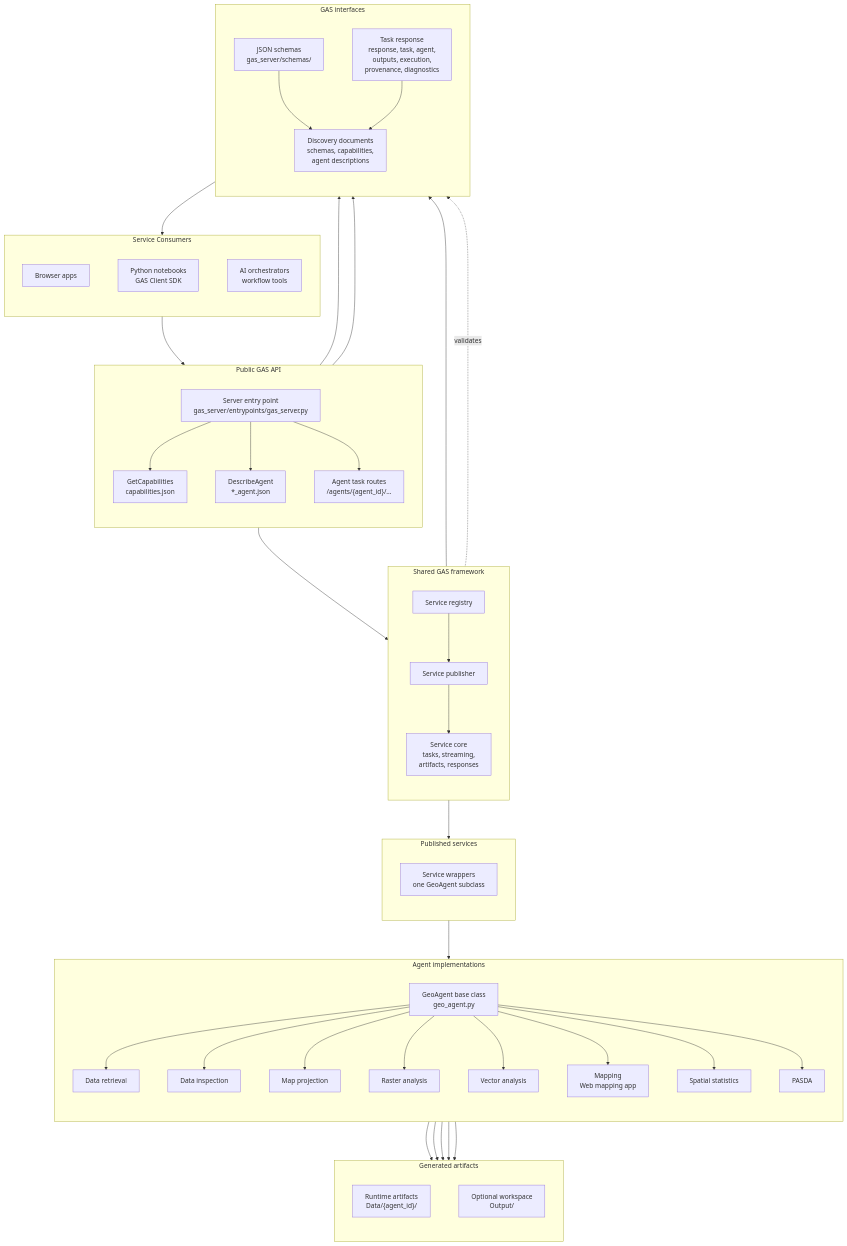
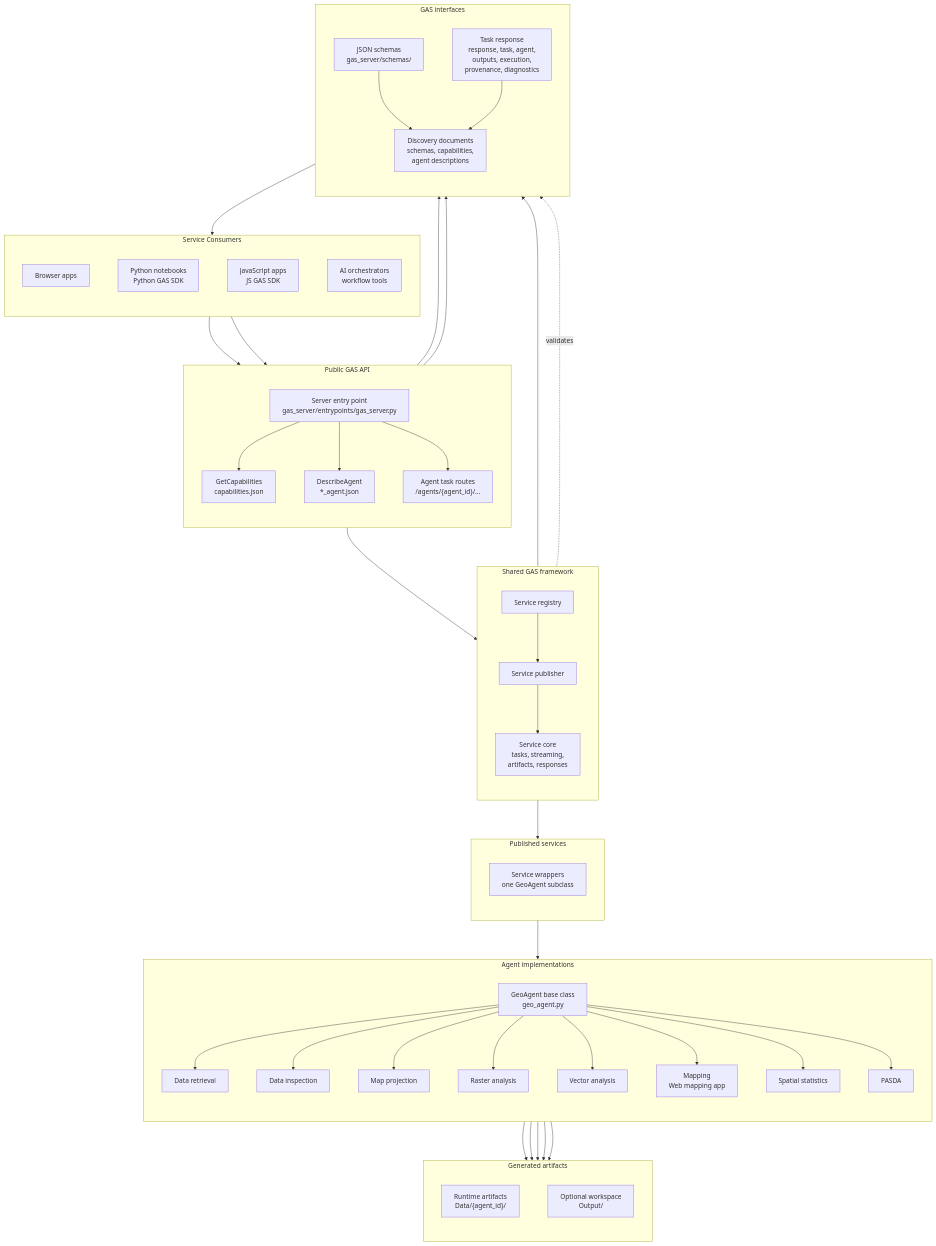
Before and after one commit to GIBD2015/Geospatial-Agentic-Services: the diagram in docs/gas_server_architecture.md, drawn with Mermaid. The commit also changed other lines of this file and 43 other files, not shown here.

```diff
--- a/docs/gas_server_architecture.md
+++ b/docs/gas_server_architecture.md
@@ -35,7 +35,8 @@
   subgraph Consumers["Service Consumers"]
     direction TB
     Browser["Browser apps"]
-    Notebook["Python notebooks<br/>GAS Client SDK"]
+    Notebook["Python notebooks<br/>Python GAS SDK"]
+    JSApps["JavaScript apps<br/>JS GAS SDK"]
     Orchestrator["AI orchestrators<br/>workflow tools"]
   end
 
@@ -48,6 +49,7 @@
   end
 
   Consumers --> Entry
+  JSApps --> Entry
   Entry --> Capabilities
   Entry --> Describe
   Entry --> Router
```
